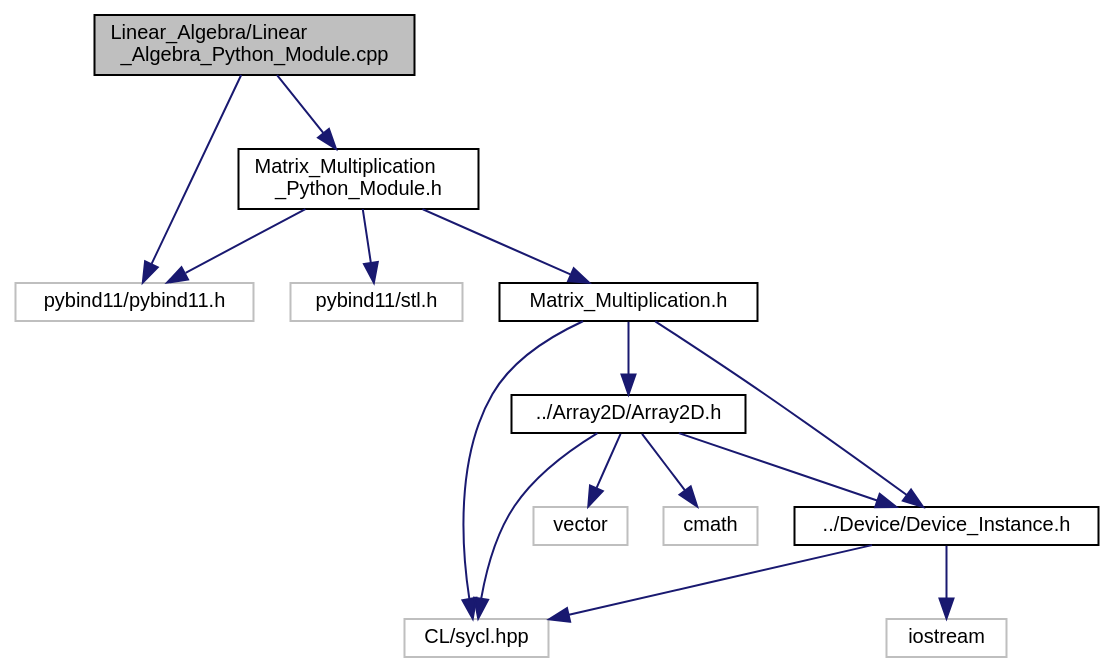
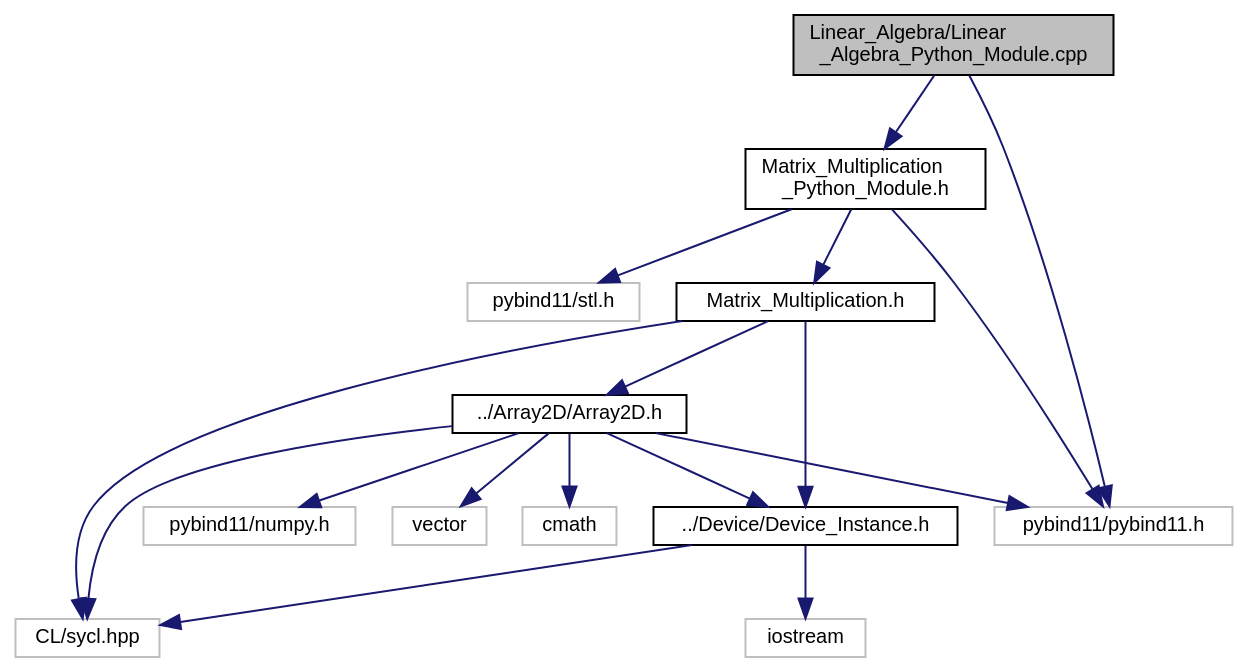
The diagram in docs/PySYCL_doxygen_html/_linear___algebra___python___module_8cpp__incl.dot (OsmanAEG/PySYCL), drawn with Graphviz before and after one commit. The commit also changed 147 other files, not shown here.

```diff
--- a/docs/PySYCL_doxygen_html/_linear___algebra___python___module_8cpp__incl.dot
+++ b/docs/PySYCL_doxygen_html/_linear___algebra___python___module_8cpp__incl.dot
@@ -1,33 +1,36 @@
 digraph "Linear_Algebra/Linear_Algebra_Python_Module.cpp"
 {
  // INTERACTIVE_SVG=YES
  // LATEX_PDF_SIZE
   bgcolor="transparent";
   edge [fontname="Helvetica",fontsize="10",labelfontname="Helvetica",labelfontsize="10"];
   node [fontname="Helvetica",fontsize="10",shape=record];
   Node1 [label="Linear_Algebra/Linear\l_Algebra_Python_Module.cpp",height=0.2,width=0.4,color="black", fillcolor="grey75", style="filled", fontcolor="black",tooltip="Python module for linalg in PySYCL."];
   Node1 -> Node2 [color="midnightblue",fontsize="10",style="solid",fontname="Helvetica"];
   Node2 [label="pybind11/pybind11.h",height=0.2,width=0.4,color="grey75",tooltip=" "];
   Node1 -> Node3 [color="midnightblue",fontsize="10",style="solid",fontname="Helvetica"];
   Node3 [label="Matrix_Multiplication\l_Python_Module.h",height=0.2,width=0.4,color="black",URL="$_matrix___multiplication___python___module_8h.html",tooltip="Python module for a matrix multiplication in PySYCL."];
   Node3 -> Node2 [color="midnightblue",fontsize="10",style="solid",fontname="Helvetica"];
   Node3 -> Node4 [color="midnightblue",fontsize="10",style="solid",fontname="Helvetica"];
   Node4 [label="pybind11/stl.h",height=0.2,width=0.4,color="grey75",tooltip=" "];
   Node3 -> Node5 [color="midnightblue",fontsize="10",style="solid",fontname="Helvetica"];
   Node5 [label="Matrix_Multiplication.h",height=0.2,width=0.4,color="black",URL="$_matrix___multiplication_8h.html",tooltip="Matrix Multiplication in PySYCL."];
   Node5 -> Node6 [color="midnightblue",fontsize="10",style="solid",fontname="Helvetica"];
   Node6 [label="CL/sycl.hpp",height=0.2,width=0.4,color="grey75",tooltip=" "];
   Node5 -> Node7 [color="midnightblue",fontsize="10",style="solid",fontname="Helvetica"];
-  Node7 [label="../Array2D/Array2D.h",height=0.2,width=0.4,color="black",URL="$_array2_d_8h.html",tooltip="Array2D in PySYCL. This is the shared version of the Array2D class. It is used when the user wants to..."];
+  Node7 [label="../Array2D/Array2D.h",height=0.2,width=0.4,color="black",URL="$_array2_d_8h.html",tooltip="Array2D in PySYCL."];
   Node7 -> Node6 [color="midnightblue",fontsize="10",style="solid",fontname="Helvetica"];
   Node7 -> Node8 [color="midnightblue",fontsize="10",style="solid",fontname="Helvetica"];
   Node8 [label="vector",height=0.2,width=0.4,color="grey75",tooltip=" "];
   Node7 -> Node9 [color="midnightblue",fontsize="10",style="solid",fontname="Helvetica"];
   Node9 [label="cmath",height=0.2,width=0.4,color="grey75",tooltip=" "];
+  Node7 -> Node2 [color="midnightblue",fontsize="10",style="solid",fontname="Helvetica"];
   Node7 -> Node10 [color="midnightblue",fontsize="10",style="solid",fontname="Helvetica"];
-  Node10 [label="../Device/Device_Instance.h",height=0.2,width=0.4,color="black",URL="$_device___instance_8h.html",tooltip="Device instance for device selection in PySYCL."];
-  Node10 -> Node11 [color="midnightblue",fontsize="10",style="solid",fontname="Helvetica"];
-  Node11 [label="iostream",height=0.2,width=0.4,color="grey75",tooltip=" "];
-  Node10 -> Node6 [color="midnightblue",fontsize="10",style="solid",fontname="Helvetica"];
-  Node5 -> Node10 [color="midnightblue",fontsize="10",style="solid",fontname="Helvetica"];
+  Node10 [label="pybind11/numpy.h",height=0.2,width=0.4,color="grey75",tooltip=" "];
+  Node7 -> Node11 [color="midnightblue",fontsize="10",style="solid",fontname="Helvetica"];
+  Node11 [label="../Device/Device_Instance.h",height=0.2,width=0.4,color="black",URL="$_device___instance_8h.html",tooltip="Device instance for device selection in PySYCL."];
+  Node11 -> Node12 [color="midnightblue",fontsize="10",style="solid",fontname="Helvetica"];
+  Node12 [label="iostream",height=0.2,width=0.4,color="grey75",tooltip=" "];
+  Node11 -> Node6 [color="midnightblue",fontsize="10",style="solid",fontname="Helvetica"];
+  Node5 -> Node11 [color="midnightblue",fontsize="10",style="solid",fontname="Helvetica"];
 }
```
